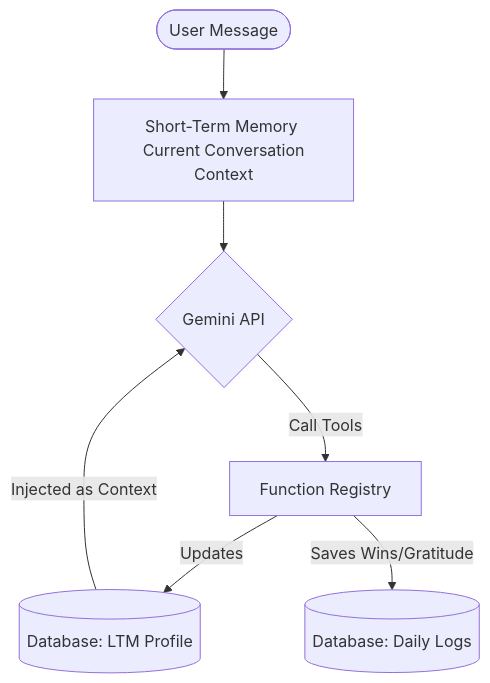
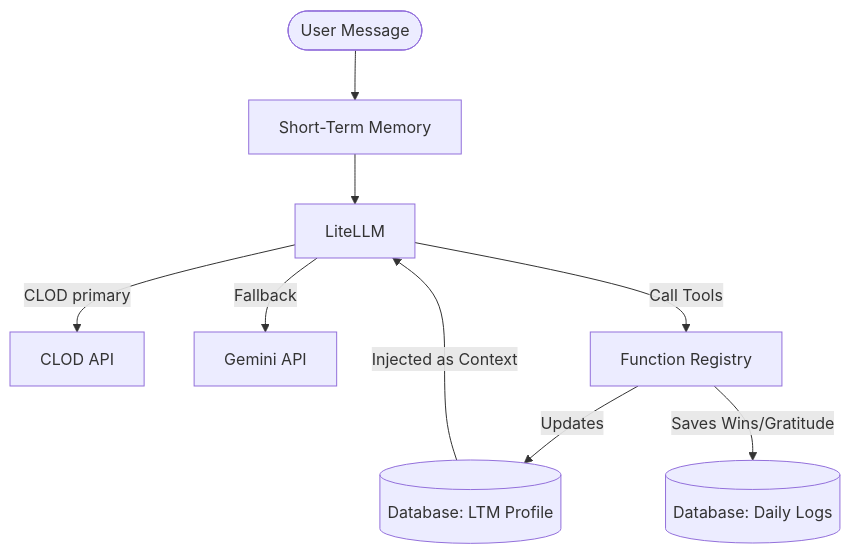
One commit to Toricane/TheCatalyst changed the diagram in AGENTS.md. Above: the diagram before and after it, drawn with Mermaid. The commit also changed other lines of this file and 41 other files, not shown here.

````diff
--- a/AGENTS.md
+++ b/AGENTS.md
@@ -57,9 +59,11 @@
 ```mermaid
 graph TD
-    User([User Message]) --> STM[Short-Term Memory <br> Current Conversation Context]
-    STM --> Gemini{Gemini API}
-    LTM[(Database: LTM Profile)] -->|Injected as Context| Gemini
-    Gemini -->|Call Tools| Tools[Function Registry]
+    User([User Message]) --> STM[Short-Term Memory]
+    STM --> LLM[LiteLLM]
+    LTM[(Database: LTM Profile)] -->|Injected as Context| LLM
+    LLM -->|CLOD primary| CLOD[CLOD API]
+    LLM -->|Fallback| Gemini[Gemini API]
+    LLM -->|Call Tools| Tools[Function Registry]
     Tools -->|Updates| LTM
     Tools -->|Saves Wins/Gratitude| DailyLogs[(Database: Daily Logs)]
 ```
````
